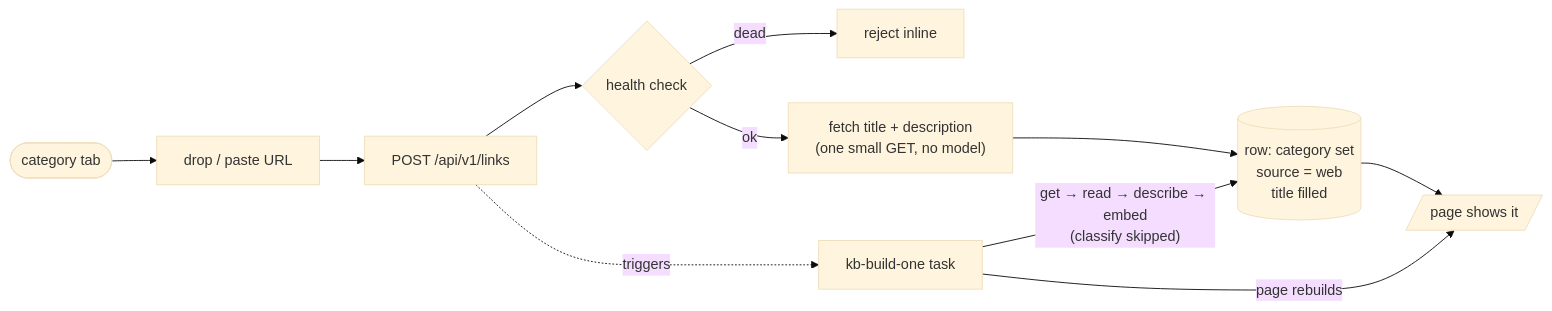
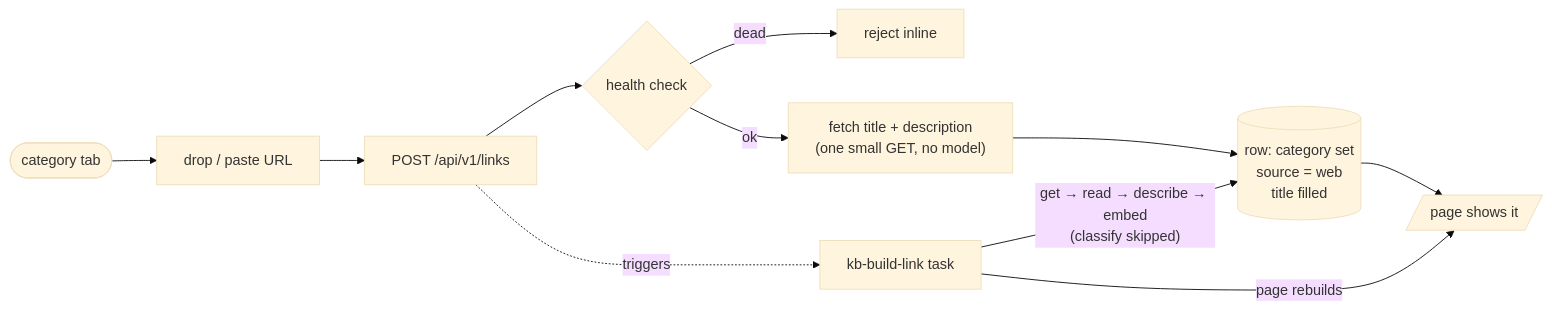
One commit to SouravInsights/souravinsights.com changed the diagram in docs/spec/on-site-link-intake.md. Above: the diagram before and after it, drawn with Mermaid (base theme). The commit also changed other lines of this file and 28 other files, not shown here.

````diff
--- a/docs/spec/on-site-link-intake.md
+++ b/docs/spec/on-site-link-intake.md
@@ -13,13 +13,13 @@
 ```mermaid
 flowchart LR
     A([category tab]) --> DZ[drop / paste URL]
     DZ --> API["POST /api/v1/links"]
     API --> H{health check}
     H -- dead --> X[reject inline]
     H -- ok --> M["fetch title + description<br/>(one small GET, no model)"]
     M --> DB[("row: category set<br/>source = web<br/>title filled")]
     DB --> P[/page shows it/]
-    API -.->|triggers| T["kb-build-one task"]
+    API -.->|triggers| T["kb-build-link task"]
     T -->|"get → read → describe → embed<br/>(classify skipped)"| DB
     T -->|"page rebuilds"| P
 ```
````
